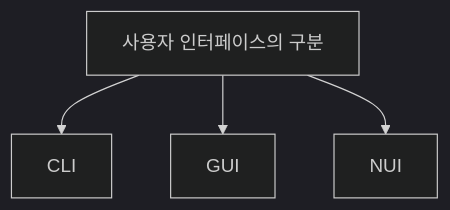
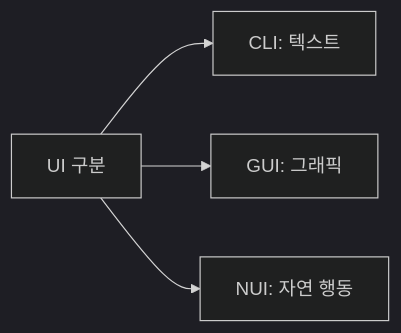
The seventh of 17 diagrams in 정보처리기사/1과목 소프트웨어 설계/021 사용자 인터페이스의 구분/021 사용자 인터페이스의 구분.md (nes0903/study), drawn with Mermaid (dark theme) before and after one commit. The commit also changed other lines of this file and 4 other files, not shown here.

````diff
--- a/정보처리기사/1과목 소프트웨어 설계/021 사용자 인터페이스의 구분/021 사용자 인터페이스의 구분.md
+++ b/정보처리기사/1과목 소프트웨어 설계/021 사용자 인터페이스의 구분/021 사용자 인터페이스의 구분.md
@@ -13,7 +241,7 @@
 ```mermaid
-flowchart TD
-    A["사용자 인터페이스의 구분"]
-    A --> N1["CLI"]
-    A --> N2["GUI"]
-    A --> N3["NUI"]
+flowchart LR
+    A["UI 구분"]
+    A --> B["CLI: 텍스트"]
+    A --> C["GUI: 그래픽"]
+    A --> D["NUI: 자연 행동"]
 ```
````
